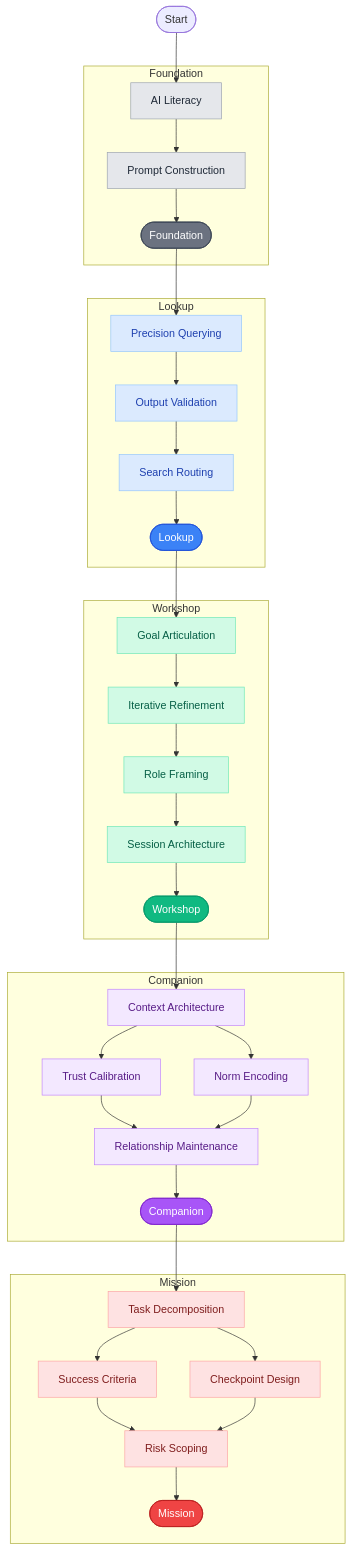
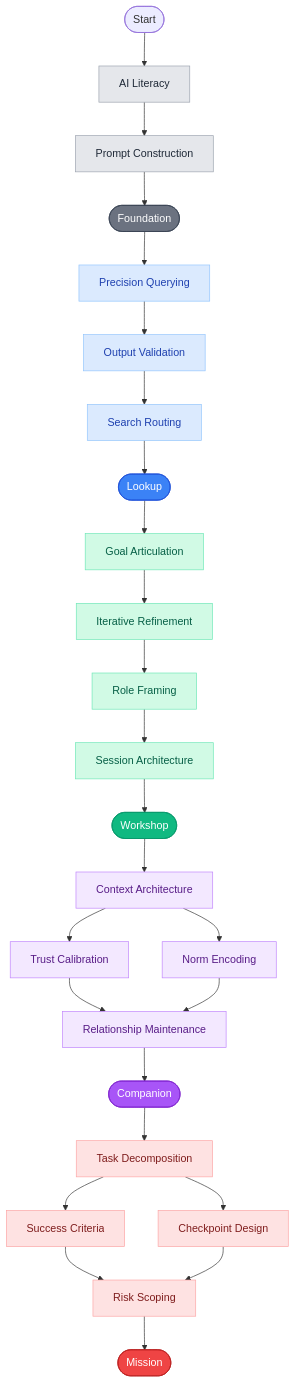
The diagram in content/posts/ai-collaboration-skill-tree.md (heichblatt/heichblatt.github.io), drawn with Mermaid before and after one commit.

Commit message:
Remove subgraphs; mode nodes are the sole group labels
https://claude.ai/code/session_01EQh36T6ADDpiw64icHBoJM

````diff
--- a/content/posts/ai-collaboration-skill-tree.md
+++ b/content/posts/ai-collaboration-skill-tree.md
@@ -17,62 +17,52 @@
 ```mermaid
 graph TD
     START(["Start"])
 
-    subgraph Foundation
-        F1[AI Literacy] --> F2[Prompt Construction]
-        F2 --> F_MODE(["Foundation"]):::foundation_mode
-    end
+    F1[AI Literacy] --> F2[Prompt Construction]
+    F2 --> F_MODE(["Foundation"]):::foundation_mode
 
-    subgraph Lookup
-        L1[Precision Querying] --> L2[Output Validation]
-        L2 --> L3[Search Routing]
-        L3 --> L_MODE(["Lookup"]):::lookup_mode
-    end
+    L1[Precision Querying] --> L2[Output Validation]
+    L2 --> L3[Search Routing]
+    L3 --> L_MODE(["Lookup"]):::lookup_mode
 
-    subgraph Workshop
-        W1[Goal Articulation] --> W2[Iterative Refinement]
-        W2 --> W3[Role Framing]
-        W3 --> W4[Session Architecture]
-        W4 --> W_MODE(["Workshop"]):::workshop_mode
-    end
+    W1[Goal Articulation] --> W2[Iterative Refinement]
+    W2 --> W3[Role Framing]
+    W3 --> W4[Session Architecture]
+    W4 --> W_MODE(["Workshop"]):::workshop_mode
 
-    subgraph Companion
-        C1[Context Architecture] --> C2[Trust Calibration]
-        C1 --> C3[Norm Encoding]
-        C2 --> C4[Relationship Maintenance]
-        C3 --> C4
-        C4 --> C_MODE(["Companion"]):::companion_mode
-    end
+    C1[Context Architecture] --> C2[Trust Calibration]
+    C1 --> C3[Norm Encoding]
+    C2 --> C4[Relationship Maintenance]
+    C3 --> C4
+    C4 --> C_MODE(["Companion"]):::companion_mode
 
-    subgraph Mission
-        M1[Task Decomposition] --> M2[Success Criteria]
-        M1 --> M3[Checkpoint Design]
-        M2 --> M4[Risk Scoping]
-        M3 --> M4
-        M4 --> M_MODE(["Mission"]):::mission_mode
-    end
+    M1[Task Decomposition] --> M2[Success Criteria]
+    M1 --> M3[Checkpoint Design]
+    M2 --> M4[Risk Scoping]
+    M3 --> M4
+    M4 --> M_MODE(["Mission"]):::mission_mode
 
     START --> F1
     F_MODE --> L1
     L_MODE --> W1
     W_MODE --> C1
     C_MODE --> M1
 
     classDef foundation fill:#e5e7eb,color:#1f2937,stroke:#9ca3af
     classDef lookup fill:#dbeafe,color:#1e40af,stroke:#93c5fd
     classDef workshop fill:#d1fae5,color:#065f46,stroke:#6ee7b7
     classDef companion fill:#f3e8ff,color:#581c87,stroke:#c084fc
     classDef mission fill:#fee2e2,color:#7f1d1d,stroke:#fca5a5
 
     classDef foundation_mode fill:#6b7280,color:#fff,stroke:#374151
     classDef lookup_mode fill:#3b82f6,color:#fff,stroke:#1d4ed8
     classDef workshop_mode fill:#10b981,color:#fff,stroke:#059669
     classDef companion_mode fill:#a855f7,color:#fff,stroke:#7e22ce
     classDef mission_mode fill:#ef4444,color:#fff,stroke:#b91c1c
 
     class F1,F2 foundation
     class L1,L2,L3 lookup
     class W1,W2,W3,W4 workshop
     class C1,C2,C3,C4 companion
     class M1,M2,M3,M4 mission
 ```
````
